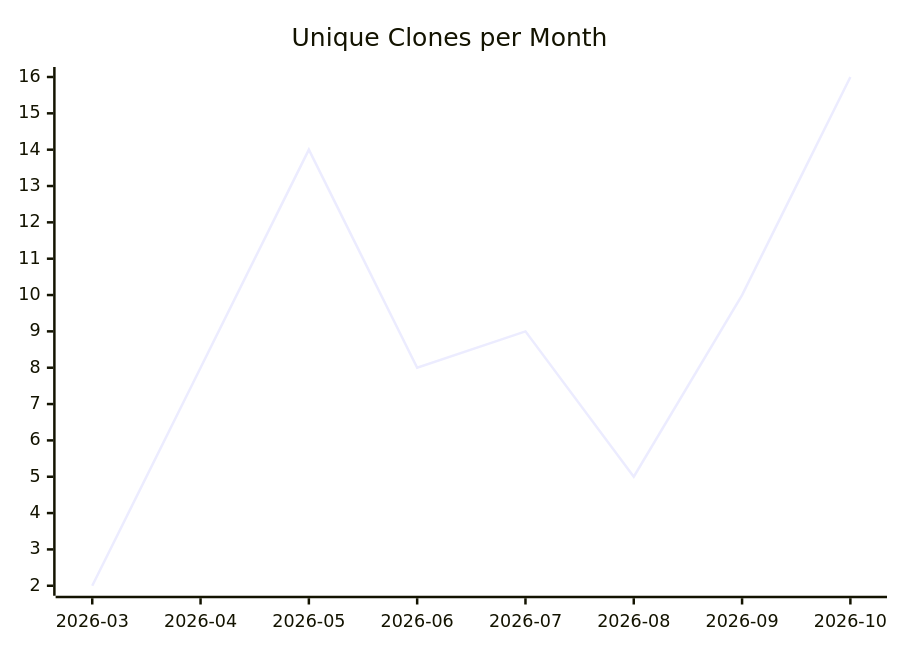
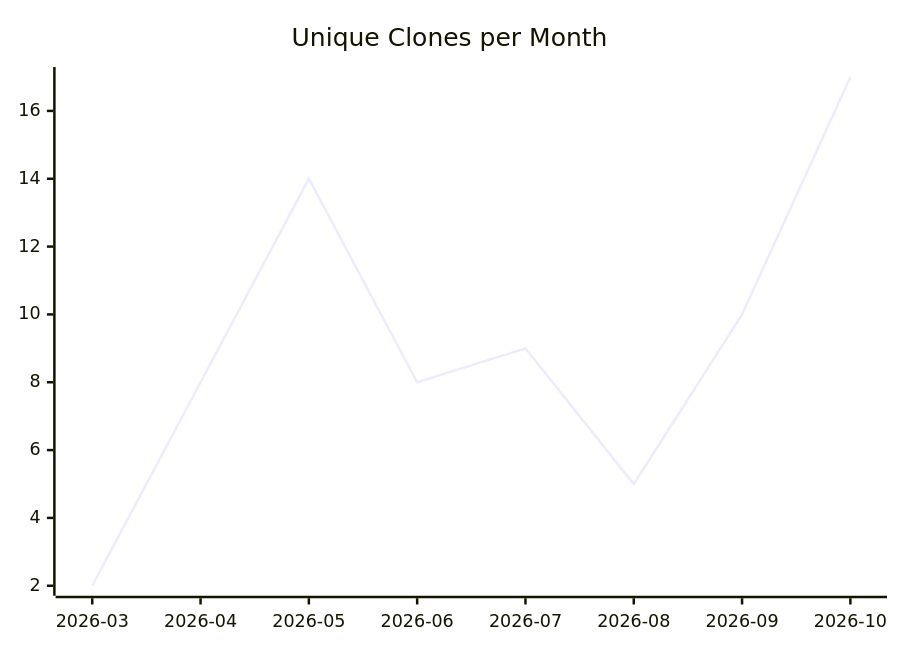
Before and after one commit to justdavis-family/github-analytics-data: the third of 3 diagrams in karlmdavis/kobjects/README.md, drawn with Mermaid. The commit also changed other lines of this file and 200 other files, not shown here.

````diff
--- a/karlmdavis/kobjects/README.md
+++ b/karlmdavis/kobjects/README.md
@@ -19,6 +19,6 @@
 ```mermaid
 xychart-beta
   title "Unique Clones per Month"
   x-axis ["2026-03", "2026-04", "2026-05", "2026-06", "2026-07", "2026-08", "2026-09", "2026-10"]
-  line [2, 8, 14, 8, 9, 5, 10, 16]
+  line [2, 8, 14, 8, 9, 5, 10, 17]
 ```
````
